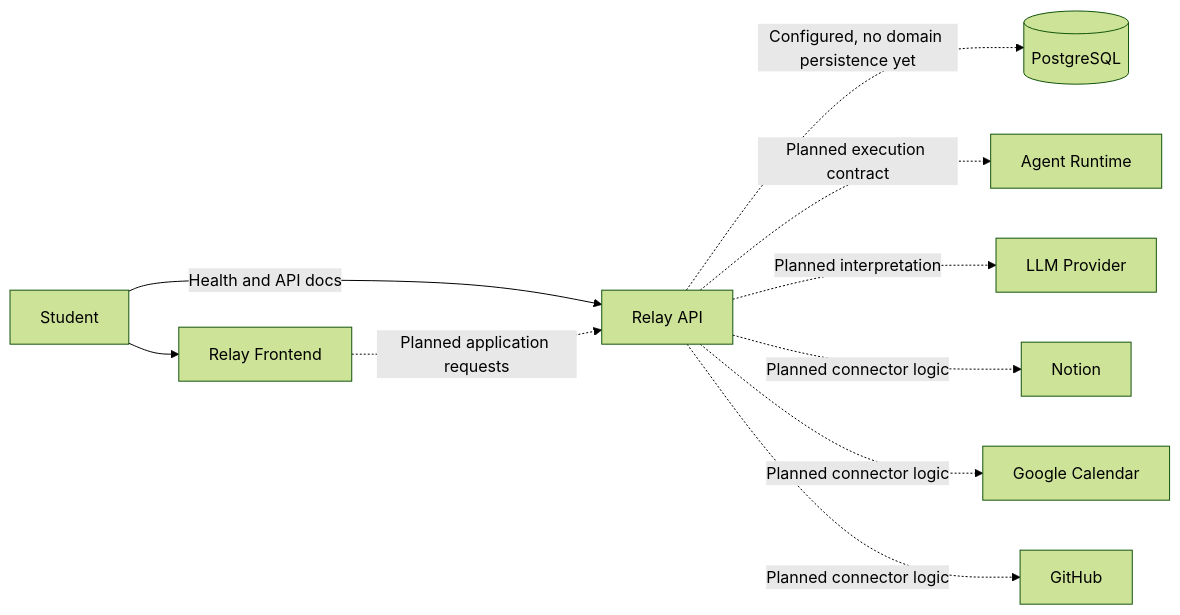
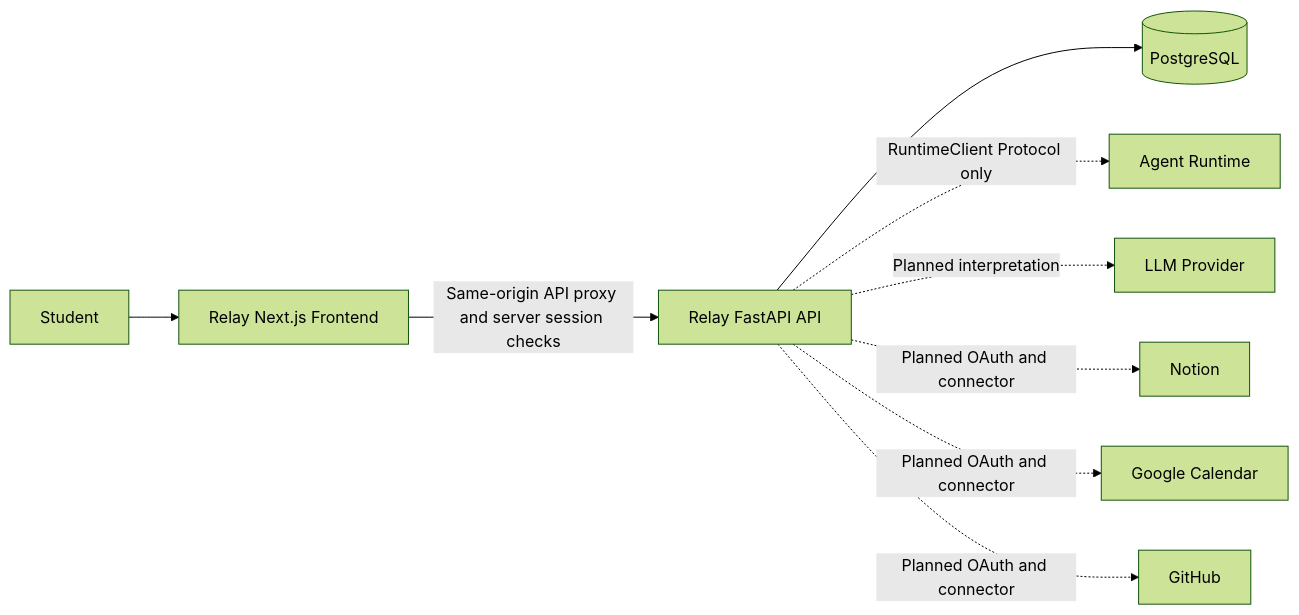
Before and after one commit to praveenachen/Relay-2.0: the diagram in docs/architecture/system-context.md, drawn with Mermaid (forest theme). The commit also changed other lines of this file and 15 other files, not shown here.

````diff
--- a/docs/architecture/system-context.md
+++ b/docs/architecture/system-context.md
@@ -5,12 +5,11 @@
 ```mermaid
 flowchart LR
-    User[Student] --> Frontend[Relay Frontend]
-    User -->|Health and API docs| API[Relay API]
-    Frontend -.->|Planned application requests| API
-    API -.->|Configured, no domain persistence yet| DB[(PostgreSQL)]
-    API -.->|Planned execution contract| Runtime[Agent Runtime]
+    User[Student] --> Frontend[Relay Next.js Frontend]
+    Frontend -->|Same-origin API proxy and server session checks| API[Relay FastAPI API]
+    API --> DB[(PostgreSQL)]
+    API -.->|RuntimeClient Protocol only| Runtime[Agent Runtime]
     API -.->|Planned interpretation| LLM[LLM Provider]
-    API -.->|Planned connector logic| Notion[Notion]
-    API -.->|Planned connector logic| Calendar[Google Calendar]
-    API -.->|Planned connector logic| GitHub[GitHub]
+    API -.->|Planned OAuth and connector| Notion[Notion]
+    API -.->|Planned OAuth and connector| Calendar[Google Calendar]
+    API -.->|Planned OAuth and connector| GitHub[GitHub]
 ```
````
